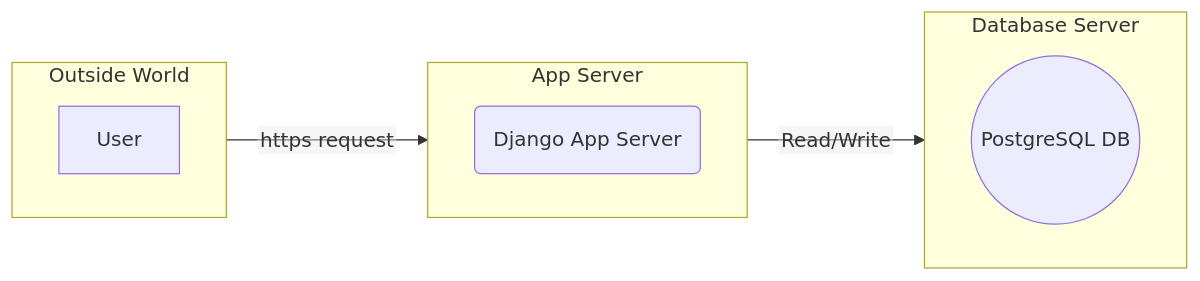
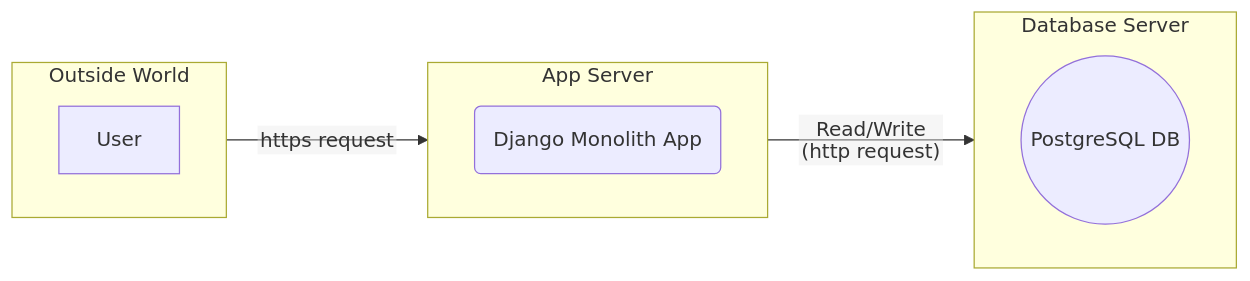
Before and after one commit to 004Ajay/Rough: the second of 3 diagrams in Diagram/Diagram_Only/Phase1_TheMonolithEra.md, drawn with Mermaid. The commit also changed other lines of this file, not shown here.

Commit message:
Minor edits

````diff
--- a/Diagram/Diagram_Only/Phase1_TheMonolithEra.md
+++ b/Diagram/Diagram_Only/Phase1_TheMonolithEra.md
@@ -25,24 +25,24 @@
 ```mermaid
 %%{init: {'flowchart': {'htmlLabels': false}}}%%
 
 graph LR
-  %% Nodes (Shapes/Conceptual Components)
+  %% Nodes
   A[User]
-  B(Django App Server)
+  B(Django Monolith App)
   C((PostgreSQL DB))
 
 subgraph Outside World
 direction LR
   A 
 end
 
 subgraph App Server
 direction LR
   A --https request--> B
 end
 
 subgraph Database Server
 direction LR
-  B --Read/Write--> C
+  B --Read/Write<br>(http request)--> C
 end
 ```
````
